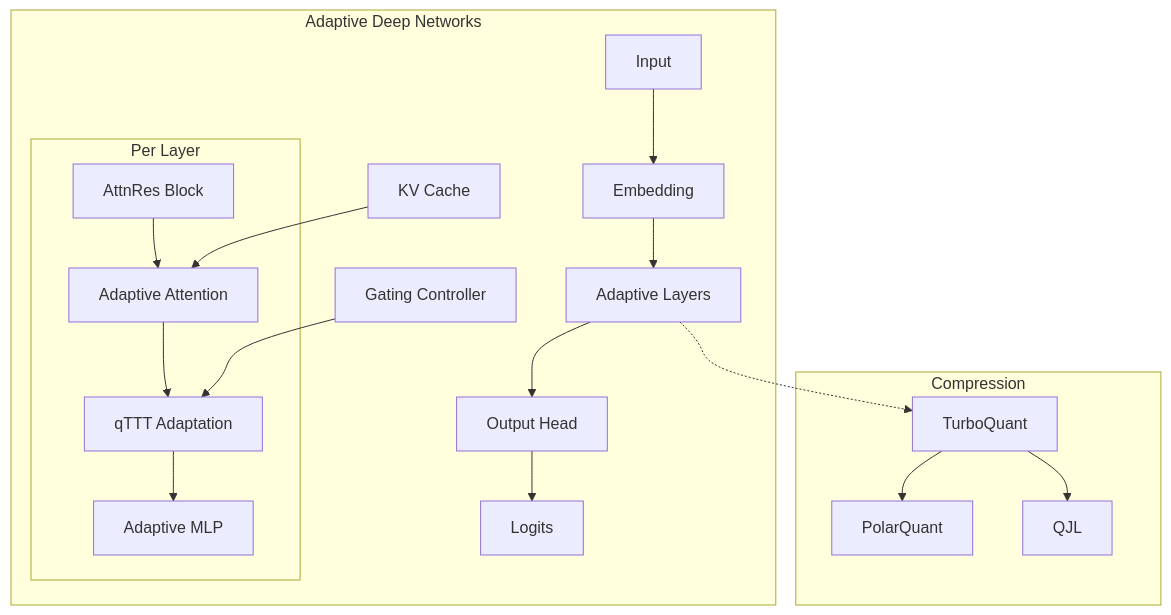
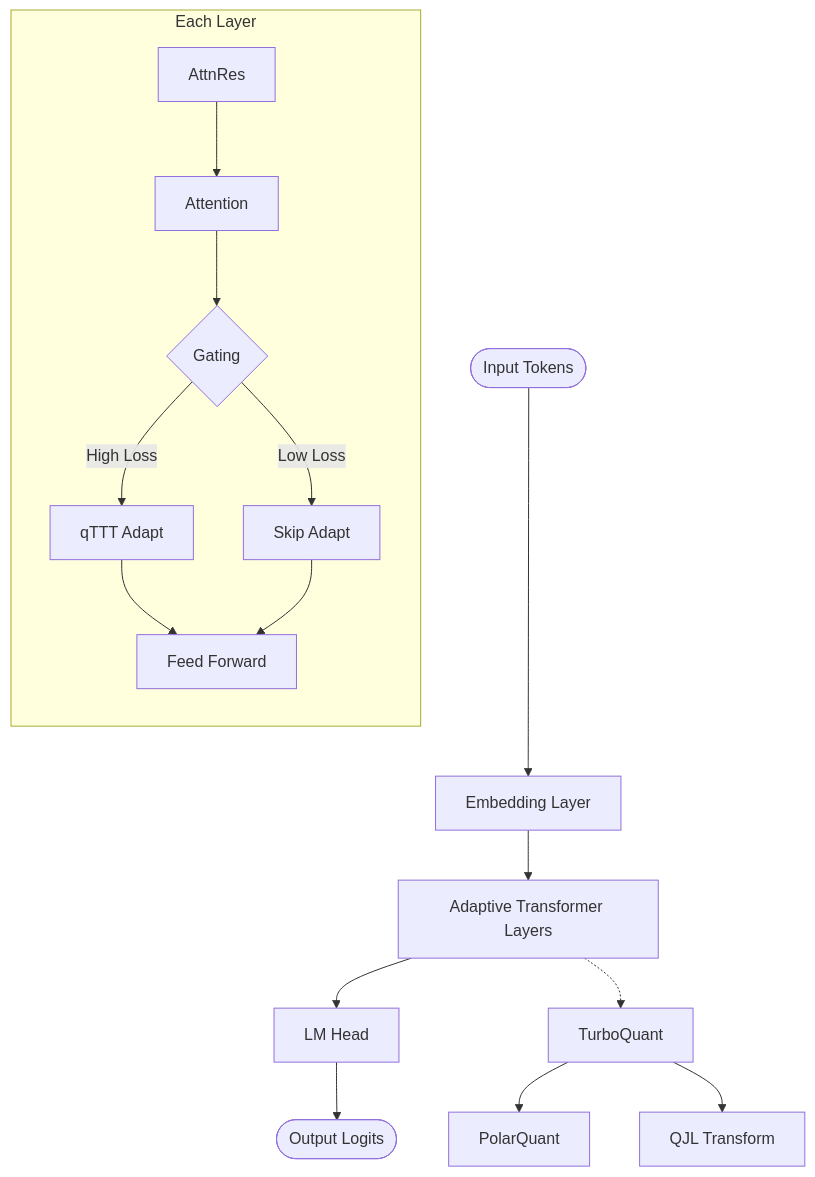
One commit to sunnyang1/Adaptive-Deep-Networks changed the first of 7 diagrams in docs/ARCHITECTURE.md. Above: the diagram before and after it, drawn with Mermaid. The commit also changed other lines of this file and 9 other files, not shown here.

````diff
--- a/docs/ARCHITECTURE.md
+++ b/docs/ARCHITECTURE.md
@@ -13,25 +28,21 @@
 ```mermaid
-graph TB
-    subgraph "Adaptive Deep Networks"
-        A[Input] --> B[Embedding]
-        B --> C[Adaptive Layers]
-        C --> D[Output Head]
-        D --> E[Logits]
-        
-        subgraph "Per Layer"
-            C1[AttnRes Block] --> C2[Adaptive Attention]
-            C2 --> C3[qTTT Adaptation]
-            C3 --> C4[Adaptive MLP]
-        end
-        
-        F[Gating Controller] --> C3
-        G[KV Cache] --> C2
+flowchart TB
+    Input([Input Tokens]) --> Embed[Embedding Layer]
+    Embed --> Layers[Adaptive Transformer Layers]
+    Layers --> Head[LM Head]
+    Head --> Output([Output Logits])
+    
+    subgraph "Each Layer"
+        direction TB
+        AR[AttnRes] --> Attn[Attention]
+        Attn --> Gate{Gating}
+        Gate -->|High Loss| TTT[qTTT Adapt]
+        Gate -->|Low Loss| Skip[Skip Adapt]
+        TTT --> MLP
+        Skip --> MLP[Feed Forward]
     end
     
-    subgraph "Compression"
-        H[TurboQuant] --> H1[PolarQuant]
-        H --> H2[QJL]
-    end
-    
-    C -.-> H
+    Layers -.-> TQ[TurboQuant]
+    TQ --> PQ[PolarQuant]
+    TQ --> QJL[QJL Transform]
 ```
````
